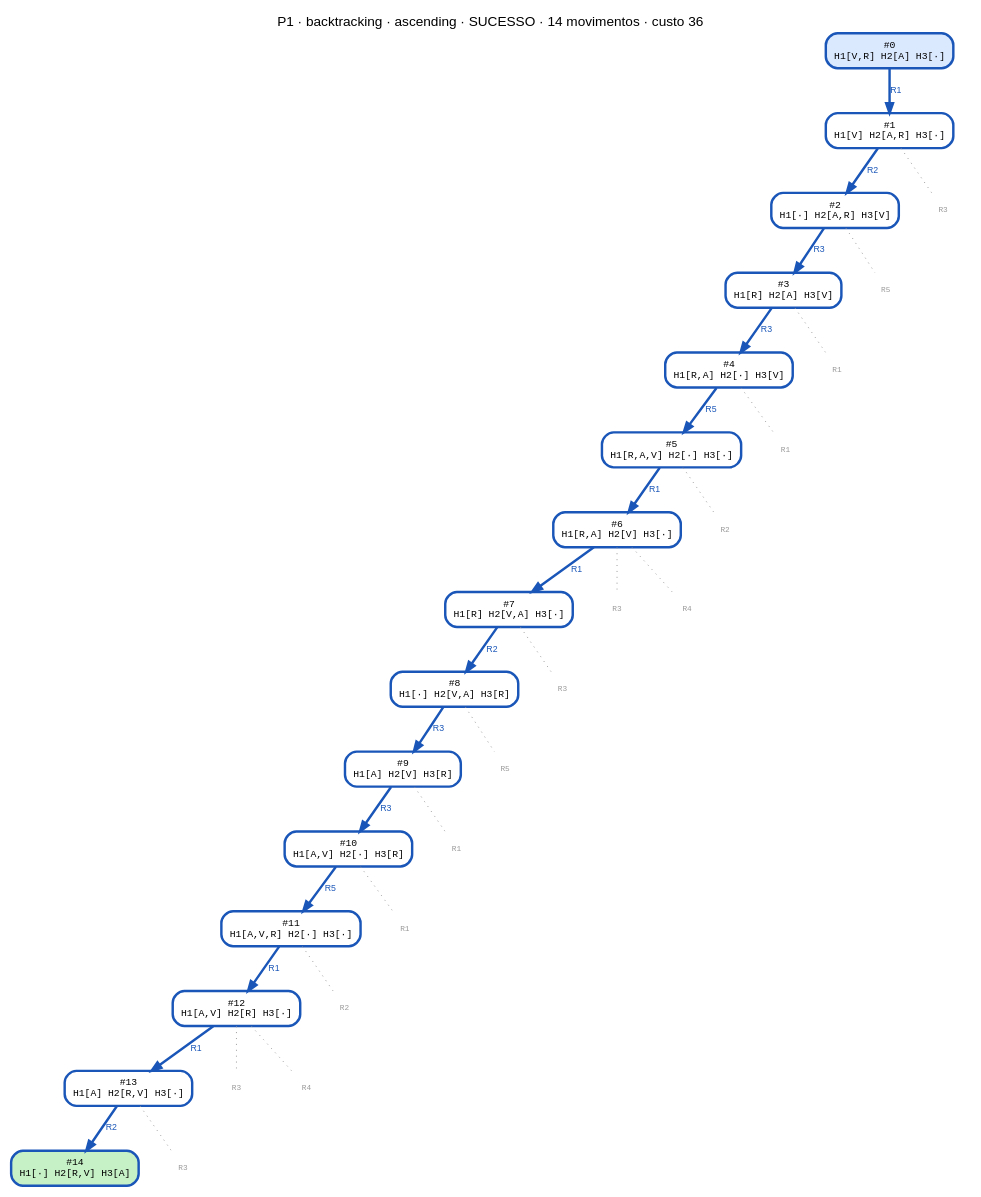
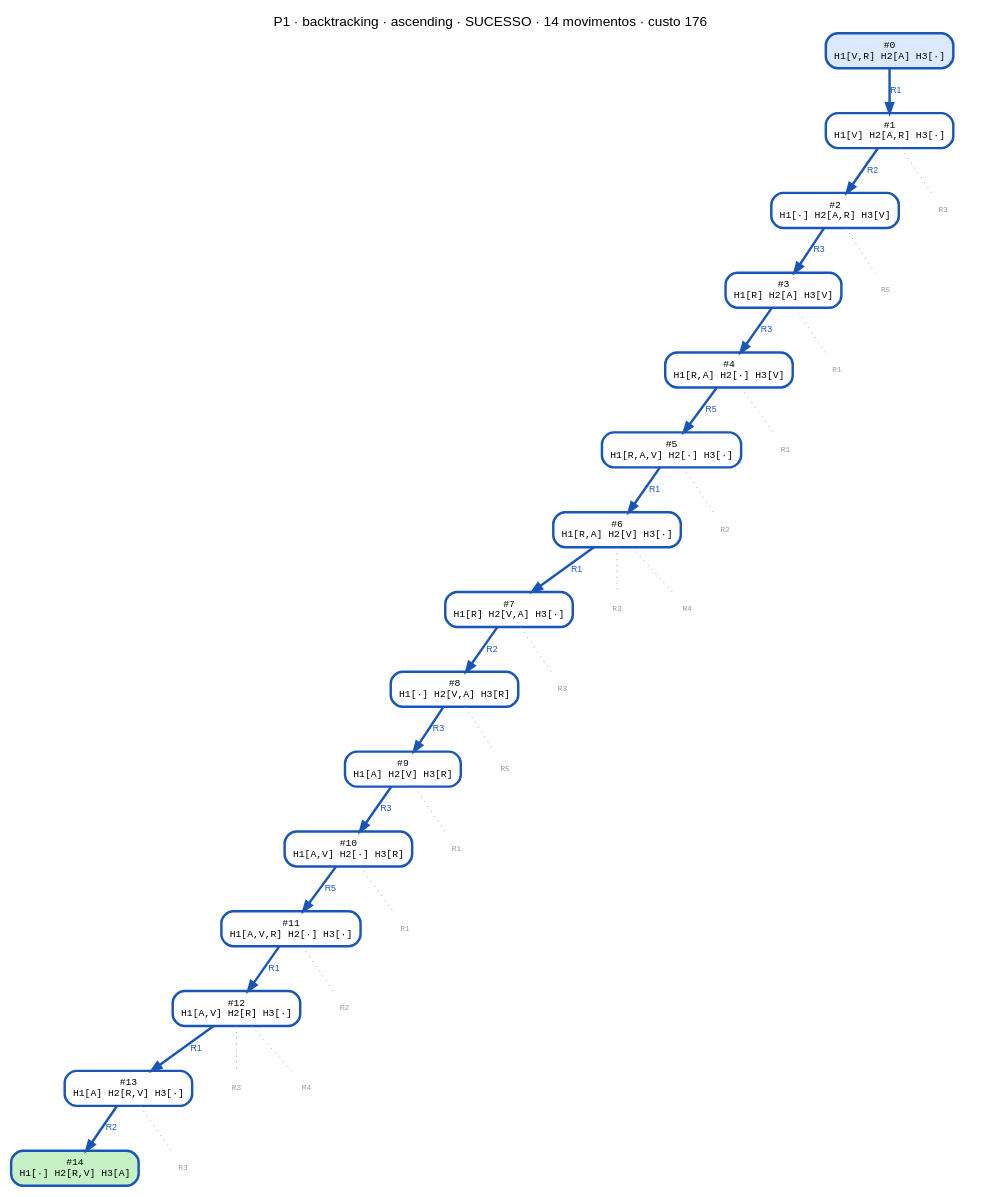
One commit to CharlesLB/dcc-014-trabalho-1 changed the diagram in data/P1/backtracking_ascending.dot. Above: the diagram before and after it, drawn with Graphviz. The commit also changed 17 other files, not shown here.

Commit message:
Regenerate the search-tree graphs with the ten-per-move cost

```diff
--- a/data/P1/backtracking_ascending.dot
+++ b/data/P1/backtracking_ascending.dot
@@ -1,64 +1,64 @@
 digraph search {
-  label="P1 · backtracking · ascending · SUCESSO · 14 movimentos · custo 36"; labelloc=t; fontname="Helvetica";
+  label="P1 · backtracking · ascending · SUCESSO · 14 movimentos · custo 176"; labelloc=t; fontname="Helvetica";
   node [shape=box, style="rounded,filled", fontname="monospace", fontsize=10];
   edge [fontname="Helvetica", fontsize=9];
   n0 [label="#0\nH1[V,R] H2[A] H3[·]", fillcolor="#dbe9ff", color="#1a56b8", penwidth=2.5];
   n1 [label="#1\nH1[V] H2[A,R] H3[·]", fillcolor="#ffffff", color="#1a56b8", penwidth=2.5];
   n0 -> n1 [label="R1", color="#1a56b8", fontcolor="#1a56b8", penwidth=2.5];
   n2 [label="#2\nH1[·] H2[A,R] H3[V]", fillcolor="#ffffff", color="#1a56b8", penwidth=2.5];
   n1 -> n2 [label="R2", color="#1a56b8", fontcolor="#1a56b8", penwidth=2.5];
   n3 [label="#3\nH1[R] H2[A] H3[V]", fillcolor="#ffffff", color="#1a56b8", penwidth=2.5];
   n2 -> n3 [label="R3", color="#1a56b8", fontcolor="#1a56b8", penwidth=2.5];
   n4 [label="#4\nH1[R,A] H2[·] H3[V]", fillcolor="#ffffff", color="#1a56b8", penwidth=2.5];
   n3 -> n4 [label="R3", color="#1a56b8", fontcolor="#1a56b8", penwidth=2.5];
   n5 [label="#5\nH1[R,A,V] H2[·] H3[·]", fillcolor="#ffffff", color="#1a56b8", penwidth=2.5];
   n4 -> n5 [label="R5", color="#1a56b8", fontcolor="#1a56b8", penwidth=2.5];
   n6 [label="#6\nH1[R,A] H2[V] H3[·]", fillcolor="#ffffff", color="#1a56b8", penwidth=2.5];
   n5 -> n6 [label="R1", color="#1a56b8", fontcolor="#1a56b8", penwidth=2.5];
   n7 [label="#7\nH1[R] H2[V,A] H3[·]", fillcolor="#ffffff", color="#1a56b8", penwidth=2.5];
   n6 -> n7 [label="R1", color="#1a56b8", fontcolor="#1a56b8", penwidth=2.5];
   n8 [label="#8\nH1[·] H2[V,A] H3[R]", fillcolor="#ffffff", color="#1a56b8", penwidth=2.5];
   n7 -> n8 [label="R2", color="#1a56b8", fontcolor="#1a56b8", penwidth=2.5];
   n9 [label="#9\nH1[A] H2[V] H3[R]", fillcolor="#ffffff", color="#1a56b8", penwidth=2.5];
   n8 -> n9 [label="R3", color="#1a56b8", fontcolor="#1a56b8", penwidth=2.5];
   n10 [label="#10\nH1[A,V] H2[·] H3[R]", fillcolor="#ffffff", color="#1a56b8", penwidth=2.5];
   n9 -> n10 [label="R3", color="#1a56b8", fontcolor="#1a56b8", penwidth=2.5];
   n11 [label="#11\nH1[A,V,R] H2[·] H3[·]", fillcolor="#ffffff", color="#1a56b8", penwidth=2.5];
   n10 -> n11 [label="R5", color="#1a56b8", fontcolor="#1a56b8", penwidth=2.5];
   n12 [label="#12\nH1[A,V] H2[R] H3[·]", fillcolor="#ffffff", color="#1a56b8", penwidth=2.5];
   n11 -> n12 [label="R1", color="#1a56b8", fontcolor="#1a56b8", penwidth=2.5];
   n13 [label="#13\nH1[A] H2[R,V] H3[·]", fillcolor="#ffffff", color="#1a56b8", penwidth=2.5];
   n12 -> n13 [label="R1", color="#1a56b8", fontcolor="#1a56b8", penwidth=2.5];
   n14 [label="#14\nH1[·] H2[R,V] H3[A]", fillcolor="#c6f0c6", color="#1a56b8", penwidth=2.5];
   n13 -> n14 [label="R2", color="#1a56b8", fontcolor="#1a56b8", penwidth=2.5];
   p1_R3 [label="R3", shape=plaintext, style=solid, fontcolor="#999999", fontsize=8];
   n1 -> p1_R3 [style=dotted, color="#999999", arrowhead=none];
   p2_R5 [label="R5", shape=plaintext, style=solid, fontcolor="#999999", fontsize=8];
   n2 -> p2_R5 [style=dotted, color="#999999", arrowhead=none];
   p3_R1 [label="R1", shape=plaintext, style=solid, fontcolor="#999999", fontsize=8];
   n3 -> p3_R1 [style=dotted, color="#999999", arrowhead=none];
   p4_R1 [label="R1", shape=plaintext, style=solid, fontcolor="#999999", fontsize=8];
   n4 -> p4_R1 [style=dotted, color="#999999", arrowhead=none];
   p5_R2 [label="R2", shape=plaintext, style=solid, fontcolor="#999999", fontsize=8];
   n5 -> p5_R2 [style=dotted, color="#999999", arrowhead=none];
   p6_R3 [label="R3", shape=plaintext, style=solid, fontcolor="#999999", fontsize=8];
   n6 -> p6_R3 [style=dotted, color="#999999", arrowhead=none];
   p6_R4 [label="R4", shape=plaintext, style=solid, fontcolor="#999999", fontsize=8];
   n6 -> p6_R4 [style=dotted, color="#999999", arrowhead=none];
   p7_R3 [label="R3", shape=plaintext, style=solid, fontcolor="#999999", fontsize=8];
   n7 -> p7_R3 [style=dotted, color="#999999", arrowhead=none];
   p8_R5 [label="R5", shape=plaintext, style=solid, fontcolor="#999999", fontsize=8];
   n8 -> p8_R5 [style=dotted, color="#999999", arrowhead=none];
   p9_R1 [label="R1", shape=plaintext, style=solid, fontcolor="#999999", fontsize=8];
   n9 -> p9_R1 [style=dotted, color="#999999", arrowhead=none];
   p10_R1 [label="R1", shape=plaintext, style=solid, fontcolor="#999999", fontsize=8];
   n10 -> p10_R1 [style=dotted, color="#999999", arrowhead=none];
   p11_R2 [label="R2", shape=plaintext, style=solid, fontcolor="#999999", fontsize=8];
   n11 -> p11_R2 [style=dotted, color="#999999", arrowhead=none];
   p12_R3 [label="R3", shape=plaintext, style=solid, fontcolor="#999999", fontsize=8];
   n12 -> p12_R3 [style=dotted, color="#999999", arrowhead=none];
   p12_R4 [label="R4", shape=plaintext, style=solid, fontcolor="#999999", fontsize=8];
   n12 -> p12_R4 [style=dotted, color="#999999", arrowhead=none];
   p13_R3 [label="R3", shape=plaintext, style=solid, fontcolor="#999999", fontsize=8];
   n13 -> p13_R3 [style=dotted, color="#999999", arrowhead=none];
 }
```
